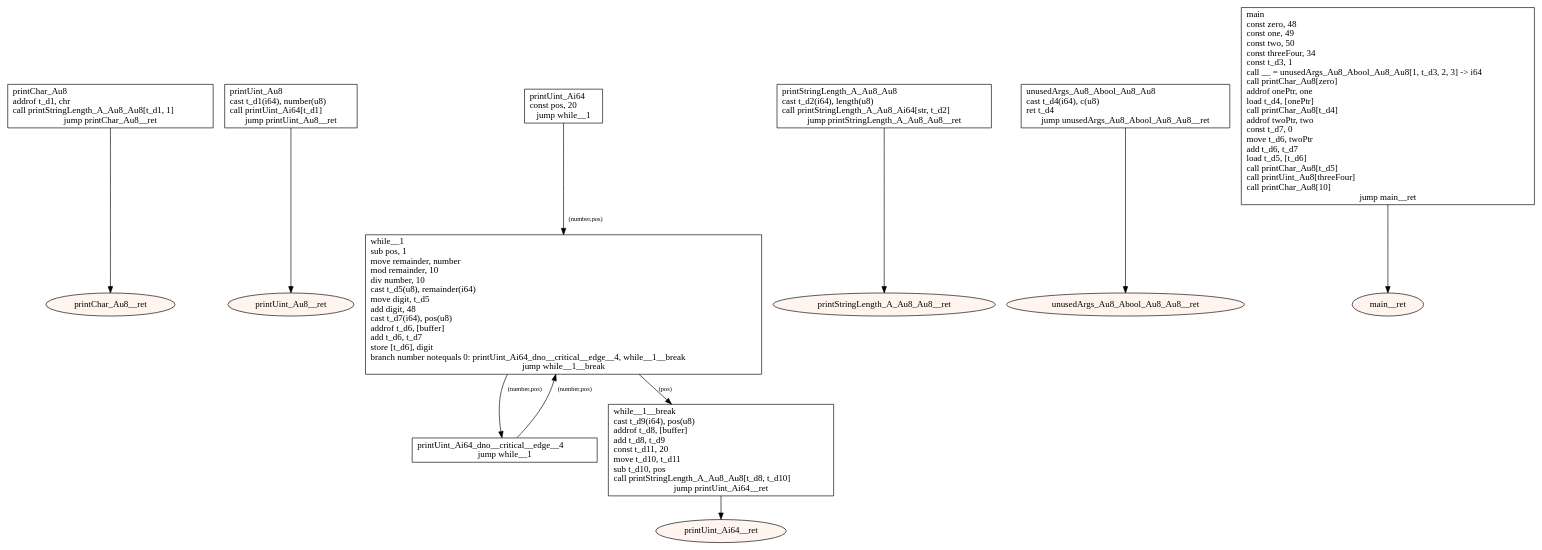
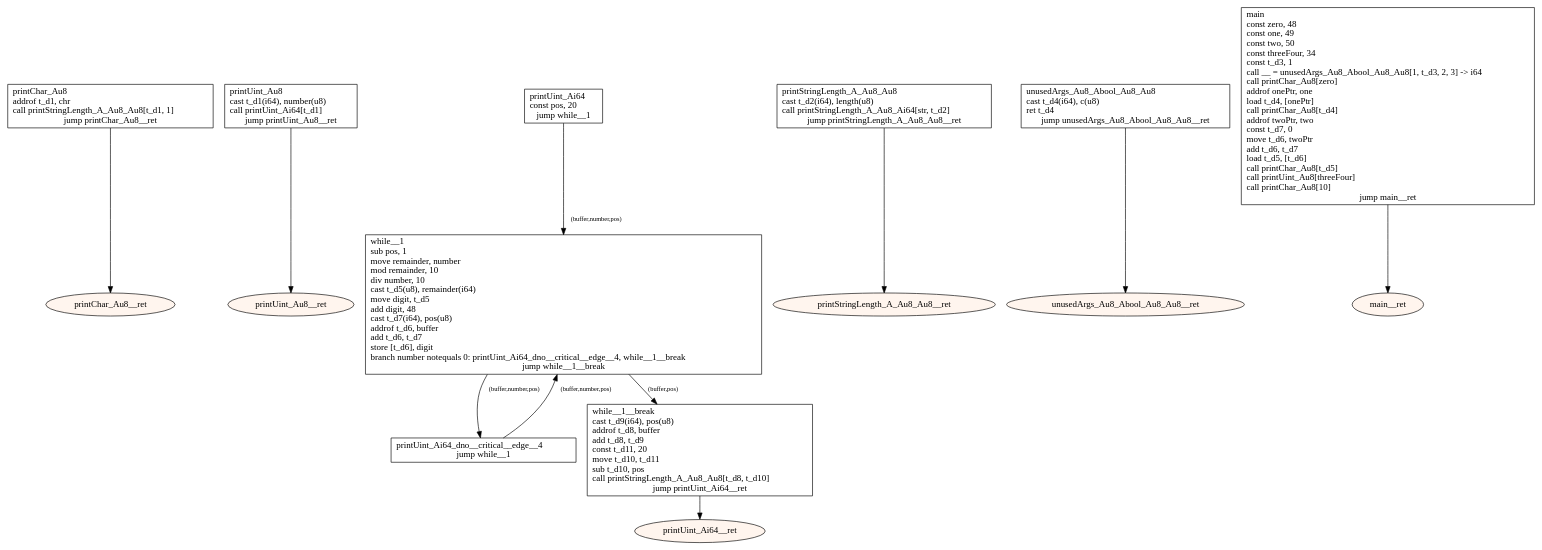
One commit to tmssngr/tinyC changed the diagram in src/main/resources-test/compiler/windows/basics.dot. Above: the diagram before and after it, drawn with Graphviz. The commit also changed 98 other files, not shown here.

```diff
--- a/src/main/resources-test/compiler/windows/basics.dot
+++ b/src/main/resources-test/compiler/windows/basics.dot
@@ -1,40 +1,40 @@
 digraph program {
 	edge[fontsize="10pt"];
 	subgraph fn_printChar_Au8 {
 		BasicBlock_0_printChar_Au8 [label="printChar_Au8\laddrof t_d1, chr\lcall printStringLength_A_Au8_Au8[t_d1, 1]\ljump printChar_Au8__ret",shape=box];
 		BasicBlock_0_printChar_Au8 -> BasicBlock_0_printChar_Au8__ret;
 		BasicBlock_0_printChar_Au8__ret [label="printChar_Au8__ret",shape=oval,style=filled,fillcolor="#fff5ee"];
 	}
 	subgraph fn_printUint_Au8 {
 		BasicBlock_1_printUint_Au8 [label="printUint_Au8\lcast t_d1(i64), number(u8)\lcall printUint_Ai64[t_d1]\ljump printUint_Au8__ret",shape=box];
 		BasicBlock_1_printUint_Au8 -> BasicBlock_1_printUint_Au8__ret;
 		BasicBlock_1_printUint_Au8__ret [label="printUint_Au8__ret",shape=oval,style=filled,fillcolor="#fff5ee"];
 	}
 	subgraph fn_printUint_Ai64 {
 		BasicBlock_2_printUint_Ai64 [label="printUint_Ai64\lconst pos, 20\ljump while__1",shape=box];
-		BasicBlock_2_printUint_Ai64 -> BasicBlock_2_while__1 [label="(number,pos)"];
+		BasicBlock_2_printUint_Ai64 -> BasicBlock_2_while__1 [label="(buffer,number,pos)"];
 		BasicBlock_2_printUint_Ai64_dno__critical__edge__4 [label="printUint_Ai64_dno__critical__edge__4\ljump while__1",shape=box];
-		BasicBlock_2_printUint_Ai64_dno__critical__edge__4 -> BasicBlock_2_while__1 [label="(number,pos)"];
-		BasicBlock_2_while__1 [label="while__1\lsub pos, 1\lmove remainder, number\lmod remainder, 10\ldiv number, 10\lcast t_d5(u8), remainder(i64)\lmove digit, t_d5\ladd digit, 48\lcast t_d7(i64), pos(u8)\laddrof t_d6, [buffer]\ladd t_d6, t_d7\lstore [t_d6], digit\lbranch number notequals 0: printUint_Ai64_dno__critical__edge__4, while__1__break\ljump while__1__break",shape=box];
-		BasicBlock_2_while__1 -> BasicBlock_2_printUint_Ai64_dno__critical__edge__4 [label="(number,pos)"];
-		BasicBlock_2_while__1 -> BasicBlock_2_while__1__break [label="(pos)"];
-		BasicBlock_2_while__1__break [label="while__1__break\lcast t_d9(i64), pos(u8)\laddrof t_d8, [buffer]\ladd t_d8, t_d9\lconst t_d11, 20\lmove t_d10, t_d11\lsub t_d10, pos\lcall printStringLength_A_Au8_Au8[t_d8, t_d10]\ljump printUint_Ai64__ret",shape=box];
+		BasicBlock_2_printUint_Ai64_dno__critical__edge__4 -> BasicBlock_2_while__1 [label="(buffer,number,pos)"];
+		BasicBlock_2_while__1 [label="while__1\lsub pos, 1\lmove remainder, number\lmod remainder, 10\ldiv number, 10\lcast t_d5(u8), remainder(i64)\lmove digit, t_d5\ladd digit, 48\lcast t_d7(i64), pos(u8)\laddrof t_d6, buffer\ladd t_d6, t_d7\lstore [t_d6], digit\lbranch number notequals 0: printUint_Ai64_dno__critical__edge__4, while__1__break\ljump while__1__break",shape=box];
+		BasicBlock_2_while__1 -> BasicBlock_2_printUint_Ai64_dno__critical__edge__4 [label="(buffer,number,pos)"];
+		BasicBlock_2_while__1 -> BasicBlock_2_while__1__break [label="(buffer,pos)"];
+		BasicBlock_2_while__1__break [label="while__1__break\lcast t_d9(i64), pos(u8)\laddrof t_d8, buffer\ladd t_d8, t_d9\lconst t_d11, 20\lmove t_d10, t_d11\lsub t_d10, pos\lcall printStringLength_A_Au8_Au8[t_d8, t_d10]\ljump printUint_Ai64__ret",shape=box];
 		BasicBlock_2_while__1__break -> BasicBlock_2_printUint_Ai64__ret;
 		BasicBlock_2_printUint_Ai64__ret [label="printUint_Ai64__ret",shape=oval,style=filled,fillcolor="#fff5ee"];
 	}
 	subgraph fn_printStringLength_A_Au8_Au8 {
 		BasicBlock_3_printStringLength_A_Au8_Au8 [label="printStringLength_A_Au8_Au8\lcast t_d2(i64), length(u8)\lcall printStringLength_A_Au8_Ai64[str, t_d2]\ljump printStringLength_A_Au8_Au8__ret",shape=box];
 		BasicBlock_3_printStringLength_A_Au8_Au8 -> BasicBlock_3_printStringLength_A_Au8_Au8__ret;
 		BasicBlock_3_printStringLength_A_Au8_Au8__ret [label="printStringLength_A_Au8_Au8__ret",shape=oval,style=filled,fillcolor="#fff5ee"];
 	}
 	subgraph fn_unusedArgs_Au8_Abool_Au8_Au8 {
 		BasicBlock_4_unusedArgs_Au8_Abool_Au8_Au8 [label="unusedArgs_Au8_Abool_Au8_Au8\lcast t_d4(i64), c(u8)\lret t_d4\ljump unusedArgs_Au8_Abool_Au8_Au8__ret",shape=box];
 		BasicBlock_4_unusedArgs_Au8_Abool_Au8_Au8 -> BasicBlock_4_unusedArgs_Au8_Abool_Au8_Au8__ret;
 		BasicBlock_4_unusedArgs_Au8_Abool_Au8_Au8__ret [label="unusedArgs_Au8_Abool_Au8_Au8__ret",shape=oval,style=filled,fillcolor="#fff5ee"];
 	}
 	subgraph fn_main {
 		BasicBlock_5_main [label="main\lconst zero, 48\lconst one, 49\lconst two, 50\lconst threeFour, 34\lconst t_d3, 1\lcall __ = unusedArgs_Au8_Abool_Au8_Au8[1, t_d3, 2, 3] -> i64\lcall printChar_Au8[zero]\laddrof onePtr, one\lload t_d4, [onePtr]\lcall printChar_Au8[t_d4]\laddrof twoPtr, two\lconst t_d7, 0\lmove t_d6, twoPtr\ladd t_d6, t_d7\lload t_d5, [t_d6]\lcall printChar_Au8[t_d5]\lcall printUint_Au8[threeFour]\lcall printChar_Au8[10]\ljump main__ret",shape=box];
 		BasicBlock_5_main -> BasicBlock_5_main__ret;
 		BasicBlock_5_main__ret [label="main__ret",shape=oval,style=filled,fillcolor="#fff5ee"];
 	}
 }
```
